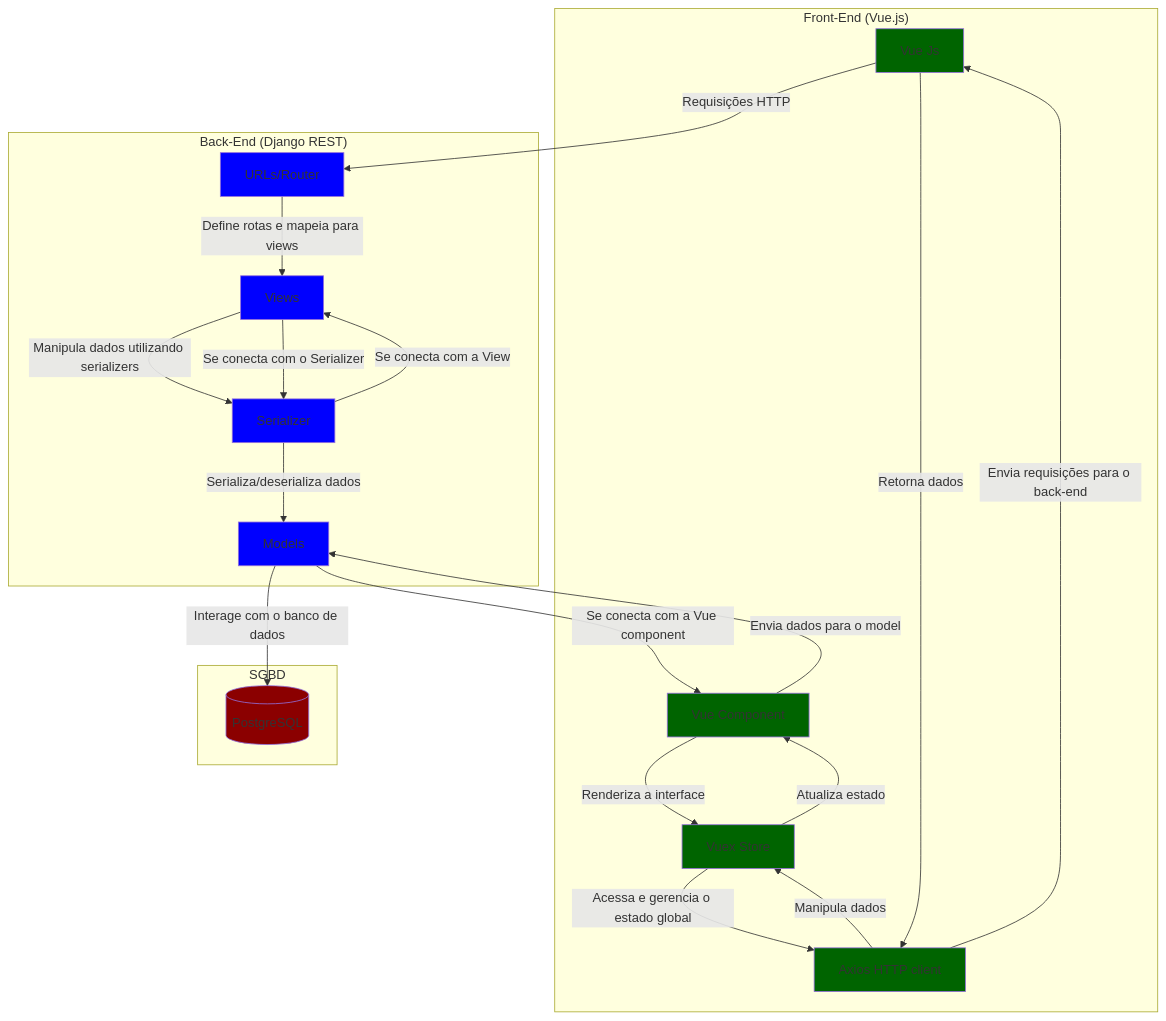
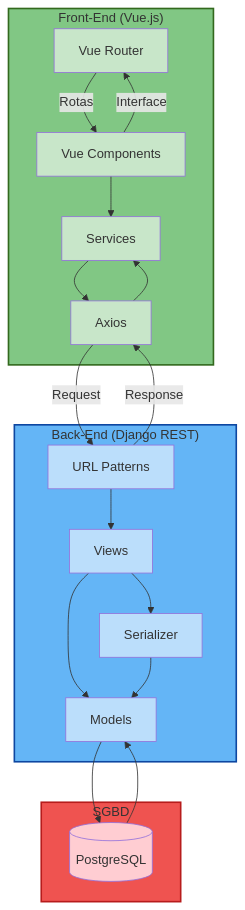
Before and after one commit to tallysdev/eventSync: the diagram in docs/projeto-arquitetural.md, drawn with Mermaid. The commit also changed other lines of this file, not shown here.

Commit message:
updating mental map #19

```diff
--- a/docs/projeto-arquitetural.md
+++ b/docs/projeto-arquitetural.md
@@ -12,51 +13,51 @@
 ~~~mermaid
 
 graph TD;
 
+style VueJS fill:#81C784,stroke:#33691E,stroke-width:2px;
+style Django_REST fill:#64B5F6,stroke:#0D47A1,stroke-width:2px;
+style Database fill:#EF5350,stroke:#B71C1C,stroke-width:2px;
+
 subgraph VueJS["Front-End (Vue.js)"]
-    http[Vue Js]
-    vueComponent[Vue Component]
-    vuex[Vuex Store]
-    axios[Axios HTTP client]
-    style http fill:darkGreen
-    style vueComponent fill:darkGreen
-    style vuex fill:darkGreen
-    style axios fill:darkGreen
+    style router fill:#C8E6C9
+    style components fill:#C8E6C9
+    style service fill:#C8E6C9
+    style axios fill:#C8E6C9
+    router[Vue Router]
+    components[Vue Components]
+    service[Services]
+    axios[Axios]
 end
 
 subgraph Django_REST["Back-End (Django REST)"]
-    urls[URLs/Router]
+    style urlPatterns fill:#BBDEFB
+    style views fill:#BBDEFB
+    style serializer fill:#BBDEFB
+    style models fill:#BBDEFB
+    urlPatterns[URL Patterns]
     views[Views]
     serializer[Serializer]
     models[Models]
-    style urls fill:Blue
-    style views fill:Blue
-    style serializer fill:Blue
-    style models fill:Blue
 end
 
 subgraph Database["SGBD"]
+    style db fill:#FFCDD2
     db[(PostgreSQL)]
-    style db fill:darkRed
 end
 
-http -->|Requisições HTTP| urls
-urls -->|Define rotas e mapeia para views| views
-views -->|Manipula dados utilizando serializers| serializer
-serializer -->|Serializa/deserializa dados| models
-models -->|Interage com o banco de dados| db
-views -->|Se conecta com o Serializer| serializer
-serializer -->|Se conecta com a View| views
-
-vueComponent -->|Renderiza a interface| vuex
-vuex -->|Acessa e gerencia o estado global| axios
-axios -->|Envia requisições para o back-end| http
-http -->|Retorna dados| axios
-axios -->|Manipula dados| vuex
-vuex -->|Atualiza estado| vueComponent
-vueComponent -->|Envia dados para o model| models
-models -->|Se conecta com a Vue component| vueComponent
-
+router -->|Rotas| components
+components --> service
+service --> axios
+axios -->|Request| urlPatterns
+urlPatterns --> views
+views -->serializer
+views --> models
+models --> db
+db --> models
+urlPatterns -->|Response| axios
+axios --> service
+components -->|Interface| router
+serializer --> models
 
 
 ~~~
```
